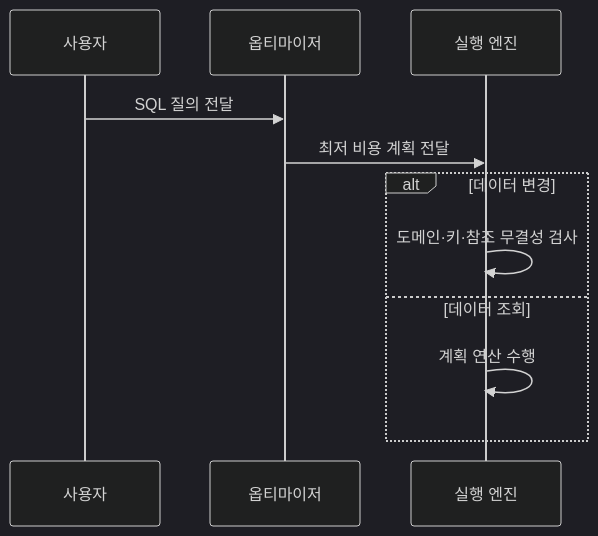
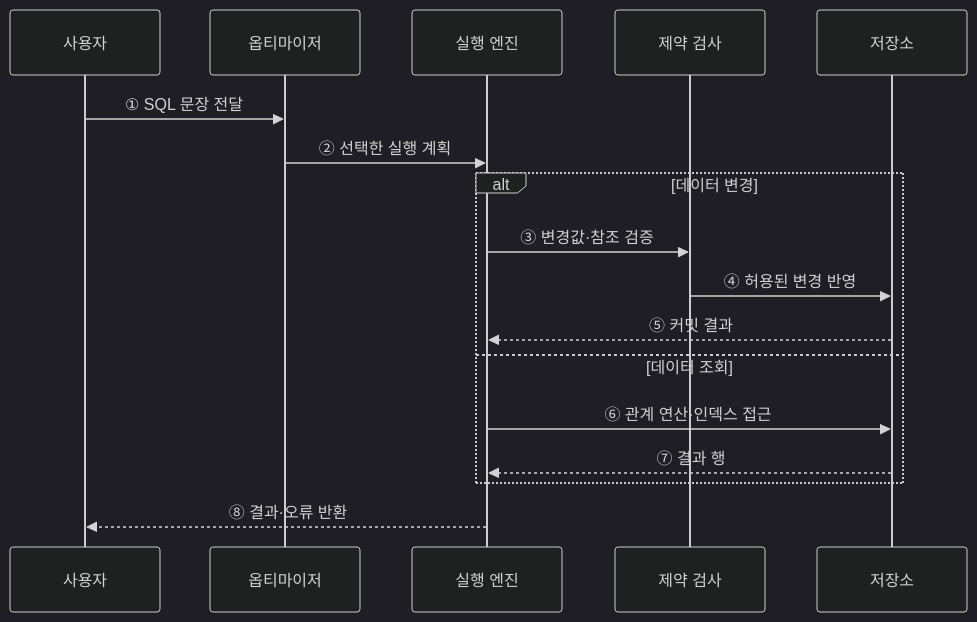
Before and after one commit to agnusdei1207/knowledge-base: the second of 2 diagrams in src/content/docs/notes/03-software/084_relational_database.md, drawn with Mermaid (dark theme). The commit also changed other lines of this file and 20 other files, not shown here.

````diff
--- a/src/content/docs/notes/03-software/084_relational_database.md
+++ b/src/content/docs/notes/03-software/084_relational_database.md
@@ -87,13 +79,19 @@
 ```mermaid
 sequenceDiagram
     participant U as 사용자
     participant O as 옵티마이저
     participant E as 실행 엔진
-    U->>O: SQL 질의 전달
-    O->>E: 최저 비용 계획 전달
+    participant C as 제약 검사
+    participant S as 저장소
+    U->>O: ① SQL 문장 전달
+    O->>E: ② 선택한 실행 계획
     alt 데이터 변경
-        E->>E: 도메인·키·참조 무결성 검사
+        E->>C: ③ 변경값·참조 검증
+        C->>S: ④ 허용된 변경 반영
+        S-->>E: ⑤ 커밋 결과
     else 데이터 조회
-        E->>E: 계획 연산 수행
+        E->>S: ⑥ 관계 연산·인덱스 접근
+        S-->>E: ⑦ 결과 행
     end
+    E-->>U: ⑧ 결과·오류 반환
 ```
````
